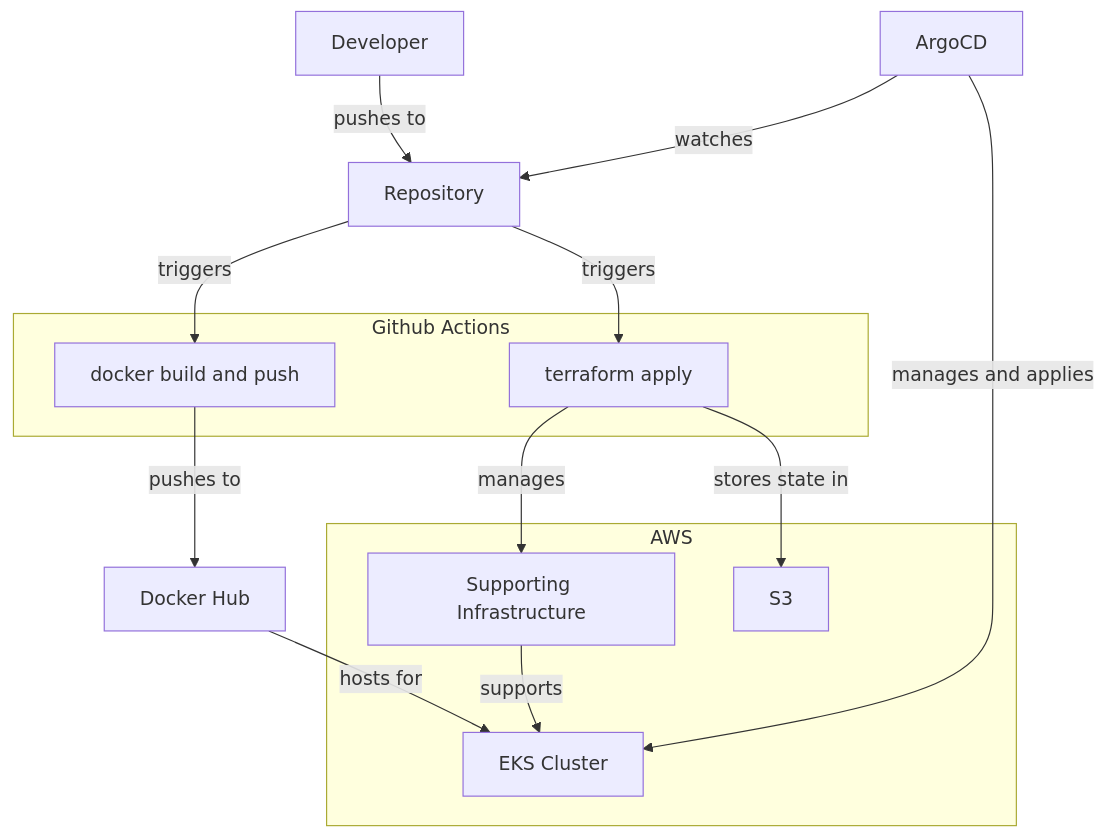
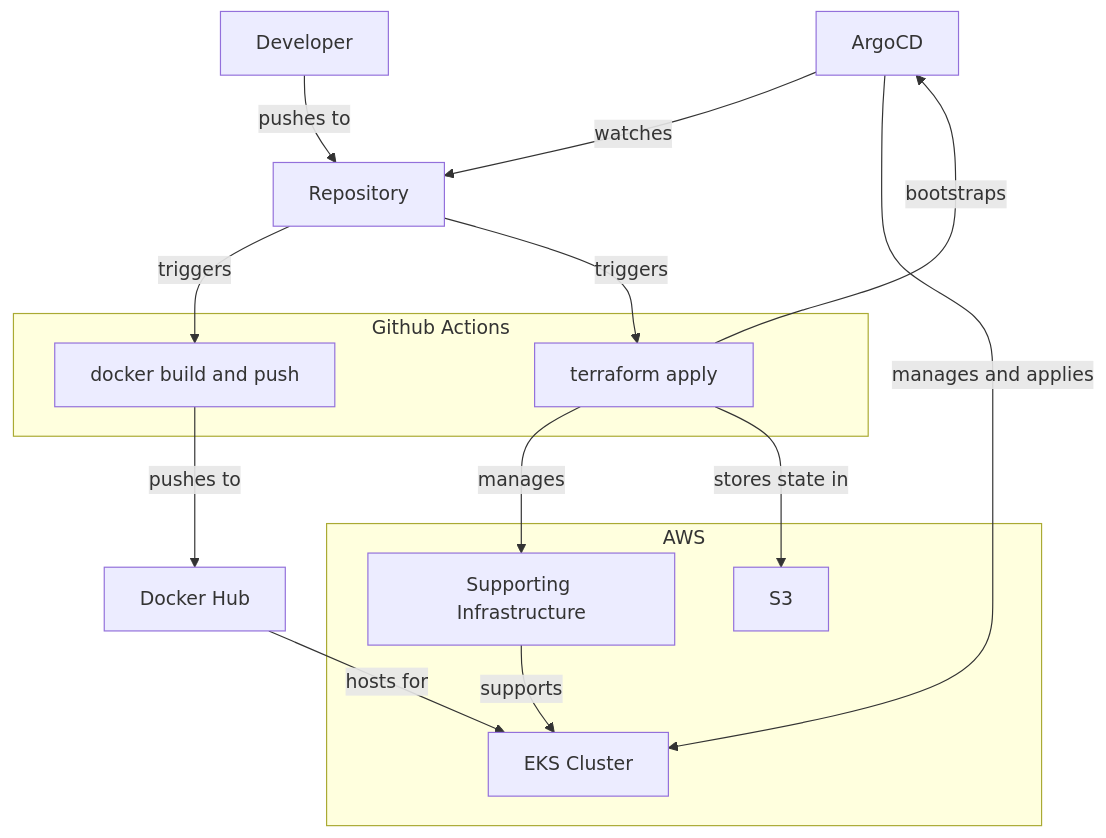
Before and after one commit to solventak/fantastic-octo-disco: the diagram in README.md, drawn with Mermaid. The commit also changed other lines of this file, not shown here.

````diff
--- a/README.md
+++ b/README.md
@@ -83,28 +83,29 @@
 ```mermaid
 flowchart TD
 	ArgoCD
 	Terraform
 	Docker
 	Dockerhub[Docker Hub]
 	Repository
 	Developer
 	Developer -->|pushes to| Repository
 	Repository -->|triggers| Docker
 	Repository -->|triggers| Terraform
 	subgraph "Github Actions"
 	Docker[docker build and push]
 	Terraform[terraform apply]
 	end
 	subgraph AWS
 	EKSCluster[EKS Cluster]
 	SupportingInfrastructure[Supporting Infrastructure]
 	SupportingInfrastructure -->|supports| EKSCluster
 	S3
 	end
 	Docker -->|pushes to| Dockerhub
 	Terraform -->|manages| SupportingInfrastructure
 	ArgoCD -->|watches| Repository
 	ArgoCD -->|manages and applies| EKSCluster
 	Dockerhub -->|hosts for| EKSCluster
 	Terraform -->|stores state in| S3
+	Terraform -->|bootstraps| ArgoCD
 ```
````
